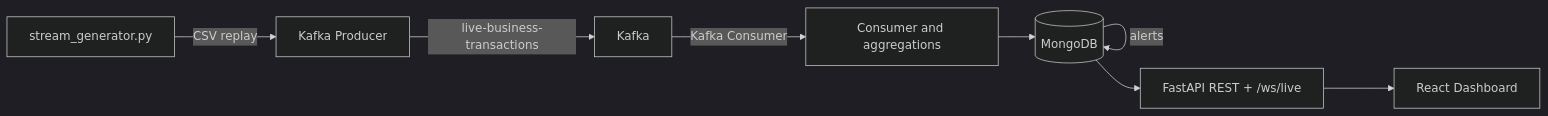
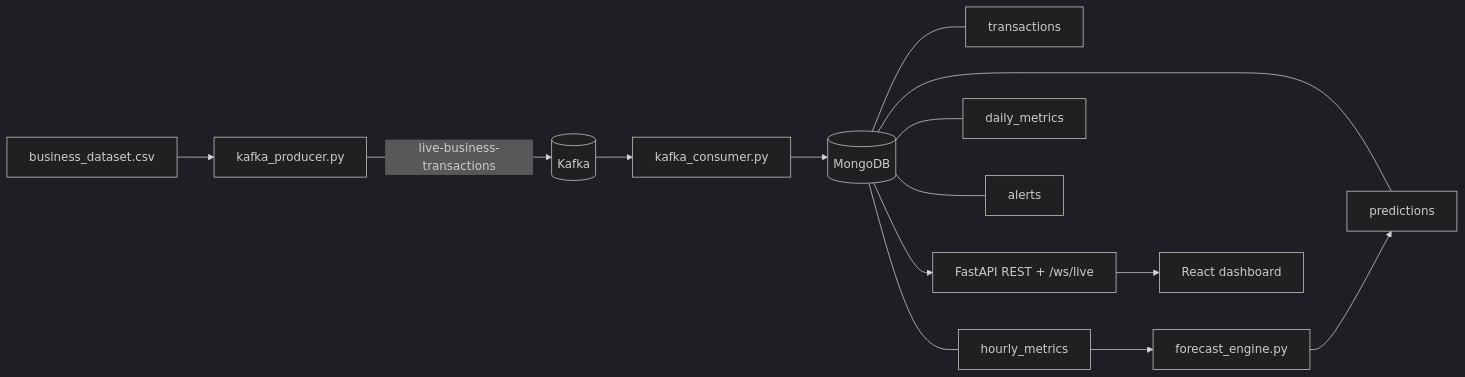
One commit to emeshika/Real-Time-Business-Analytics-Platform changed the diagram in README.md. Above: the diagram before and after it, drawn with Mermaid (dark theme). The commit also changed other lines of this file and 2 other files, not shown here.

````diff
--- a/README.md
+++ b/README.md
@@ -9,14 +19,16 @@
 ```mermaid
 flowchart LR
-    P[stream_generator.py] -->|CSV replay| KP[Kafka Producer]
-    KP -->|live-business-transactions| K[Kafka]
-    K -->|Kafka Consumer| C[Consumer and aggregations]
+    CSV[business_dataset.csv] --> P[kafka_producer.py]
+    P -->|live-business-transactions| K[(Kafka)]
+    K --> C[kafka_consumer.py]
     C --> M[(MongoDB)]
-    M -->|transactions| M
-    M -->|hourly_metrics| M
-    M -->|daily_metrics| M
-    M -->|predictions| M
-    M -->|alerts| M
+    M --- T[transactions]
+    M --- H[hourly_metrics]
+    M --- D[daily_metrics]
+    M --- PR[predictions]
+    M --- A[alerts]
+    FE[forecast_engine.py] --> PR
+    H --> FE
     M --> API[FastAPI REST + /ws/live]
-    API --> UI[React Dashboard]
+    API --> UI[React dashboard]
 ```
````
